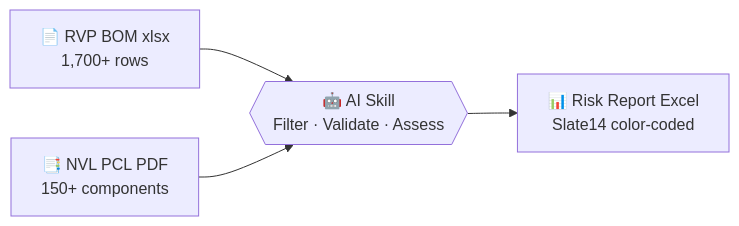
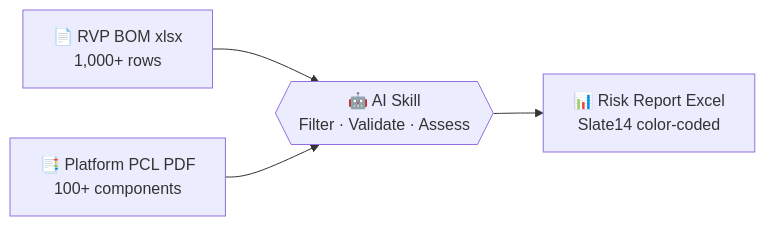
Before and after one commit to billhsie/BOM_Risk_Assessment: the second of 4 diagrams in README.md, drawn with Mermaid. The commit also changed other lines of this file and 3 other files, not shown here.

````diff
--- a/README.md
+++ b/README.md
@@ -104,6 +104,6 @@
 ```mermaid
 flowchart LR
-    A[📄 RVP BOM xlsx<br/>1,700+ rows] --> F{{"🤖 AI Skill<br/>Filter · Validate · Assess"}}
-    B[📑 NVL PCL PDF<br/>150+ components] --> F
+    A[📄 RVP BOM xlsx<br/>1,000+ rows] --> F{{"🤖 AI Skill<br/>Filter · Validate · Assess"}}
+    B[📑 Platform PCL PDF<br/>100+ components] --> F
     F --> O[📊 Risk Report Excel<br/>Slate14 color-coded]
 ```
````
